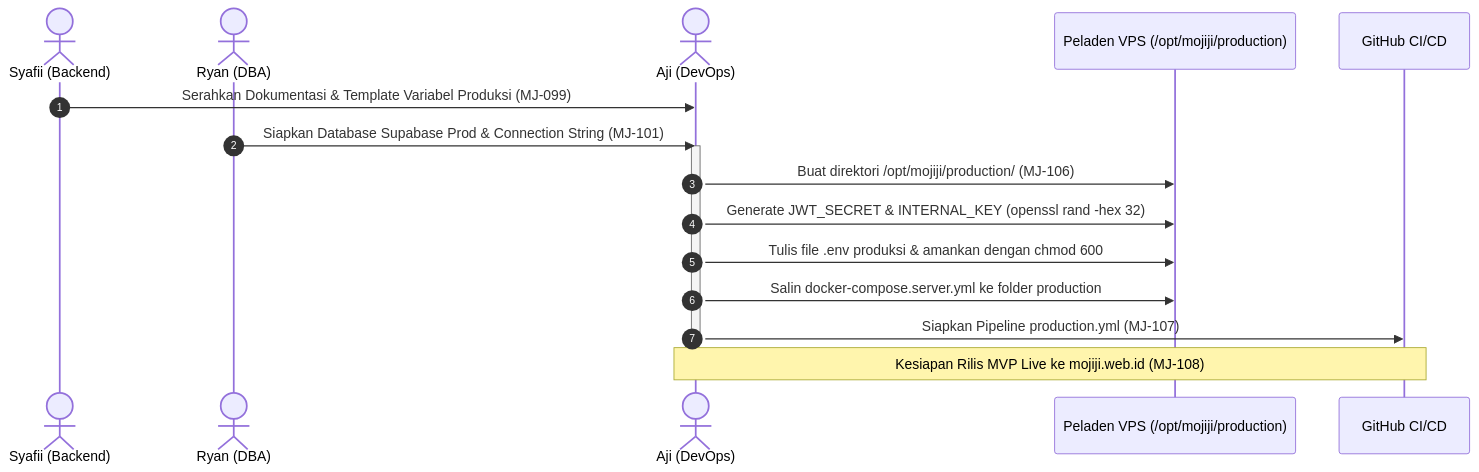
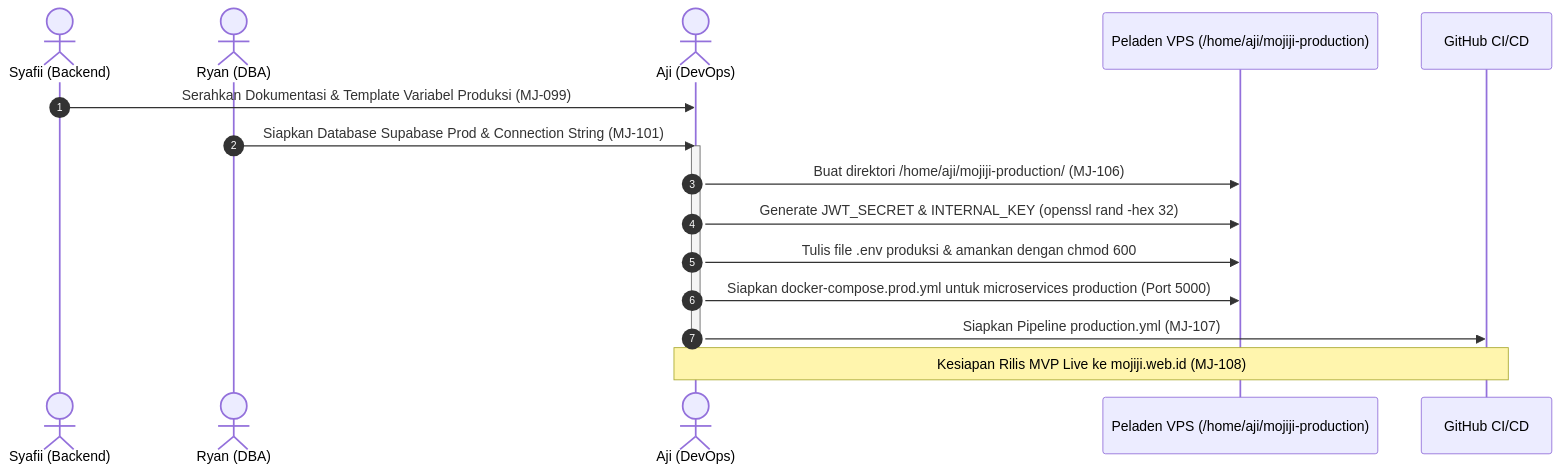
The diagram in docs/deployment/konfigurasi-produksi.md (aji-banyu/mojiji-animelist), drawn with Mermaid before and after one commit. The commit also changed other lines of this file and 1 other file, not shown here.

Commit message:
docs(deployment): sinkronkan struktur direktori vps dan alur production.yml [MJ-106]

````diff
--- a/docs/deployment/konfigurasi-produksi.md
+++ b/docs/deployment/konfigurasi-produksi.md
@@ -29,22 +29,22 @@
 ```mermaid
 sequenceDiagram
     autonumber
     actor BE as Syafii (Backend)
     actor DBA as Ryan (DBA)
     actor DevOps as Aji (DevOps)
-    participant VPS as Peladen VPS (/opt/mojiji/production)
+    participant VPS as Peladen VPS (/home/aji/mojiji-production)
     participant GH as GitHub CI/CD
 
     BE->>DevOps: Serahkan Dokumentasi & Template Variabel Produksi (MJ-099)
     DBA->>DevOps: Siapkan Database Supabase Prod & Connection String (MJ-101)
     
     activate DevOps
-    DevOps->>VPS: Buat direktori /opt/mojiji/production/ (MJ-106)
+    DevOps->>VPS: Buat direktori /home/aji/mojiji-production/ (MJ-106)
     DevOps->>VPS: Generate JWT_SECRET & INTERNAL_KEY (openssl rand -hex 32)
     DevOps->>VPS: Tulis file .env produksi & amankan dengan chmod 600
-    DevOps->>VPS: Salin docker-compose.server.yml ke folder production
+    DevOps->>VPS: Siapkan docker-compose.prod.yml untuk microservices production (Port 5000)
     DevOps->>GH: Siapkan Pipeline production.yml (MJ-107)
     deactivate DevOps
 
     Note over DevOps,GH: Kesiapan Rilis MVP Live ke mojiji.web.id (MJ-108)
 ```
````
